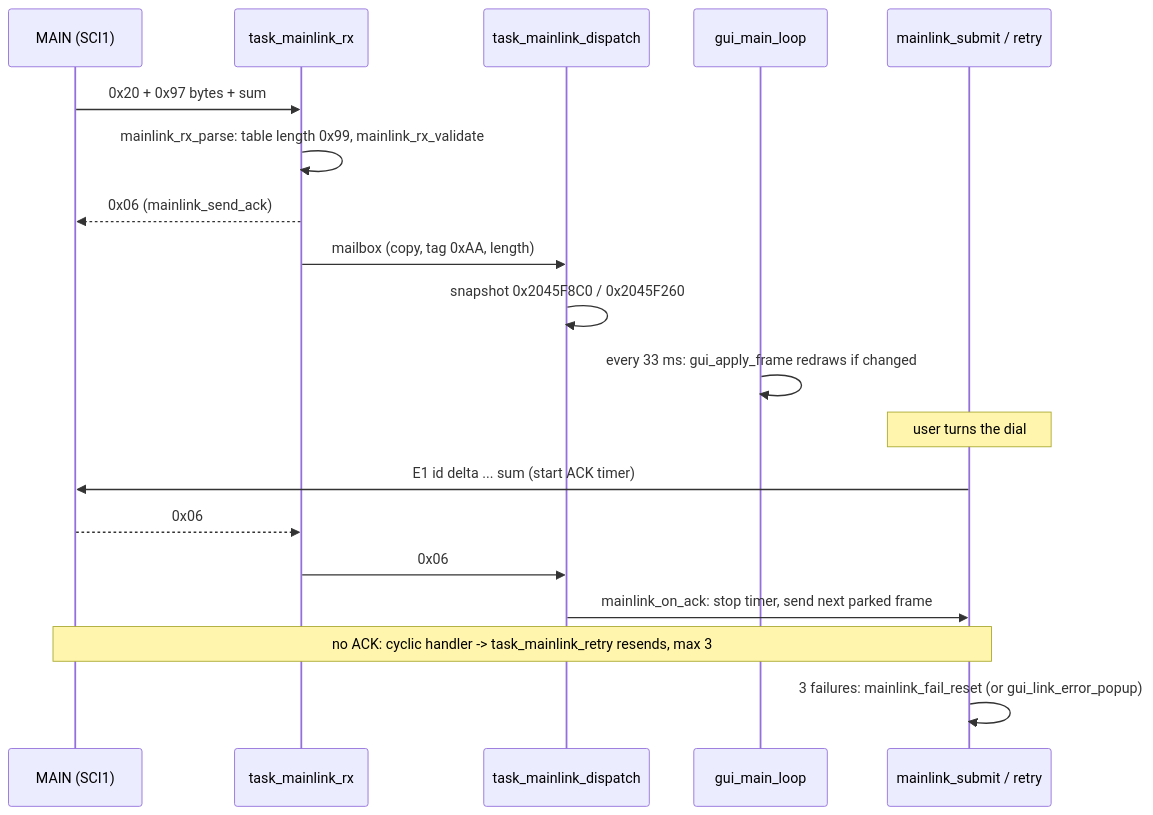
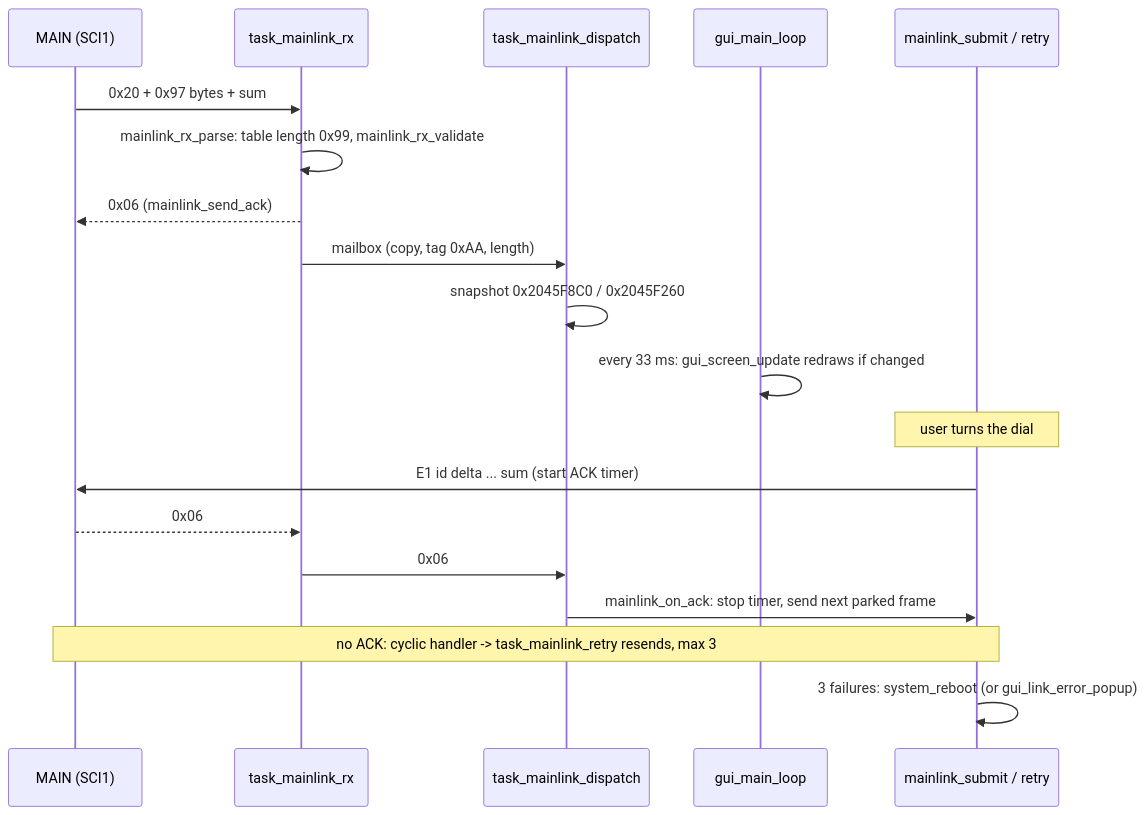
The second of 3 diagrams in docs/code/display/mainlink.md (Reid-n0rc/FT-710_Firmware), drawn with Mermaid before and after one commit. The commit also changed other lines of this file and 29 other files, not shown here.

````diff
--- a/docs/code/display/mainlink.md
+++ b/docs/code/display/mainlink.md
@@ -193,21 +192,21 @@
 ```mermaid
 sequenceDiagram
   participant M as MAIN (SCI1)
   participant RX as task_mainlink_rx
   participant D as task_mainlink_dispatch
   participant G as gui_main_loop
   participant S as mainlink_submit / retry
   M->>RX: 0x20 + 0x97 bytes + sum
   RX->>RX: mainlink_rx_parse: table length 0x99, mainlink_rx_validate
   RX-->>M: 0x06 (mainlink_send_ack)
   RX->>D: mailbox (copy, tag 0xAA, length)
   D->>D: snapshot 0x2045F8C0 / 0x2045F260
-  G->>G: every 33 ms: gui_apply_frame redraws if changed
+  G->>G: every 33 ms: gui_screen_update redraws if changed
   Note over S: user turns the dial
   S->>M: E1 id delta ... sum (start ACK timer)
   M-->>RX: 0x06
   RX->>D: 0x06
   D->>S: mainlink_on_ack: stop timer, send next parked frame
   Note over S,M: no ACK: cyclic handler -> task_mainlink_retry resends, max 3
-  S->>S: 3 failures: mainlink_fail_reset (or gui_link_error_popup)
+  S->>S: 3 failures: system_reboot (or gui_link_error_popup)
 ```
````
